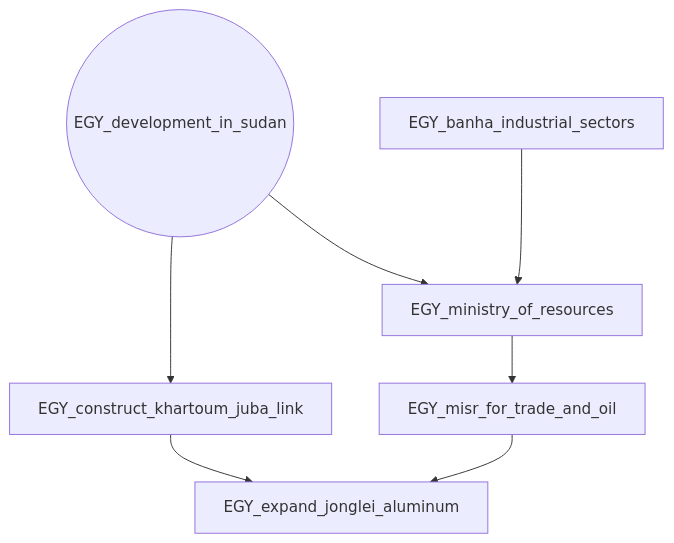
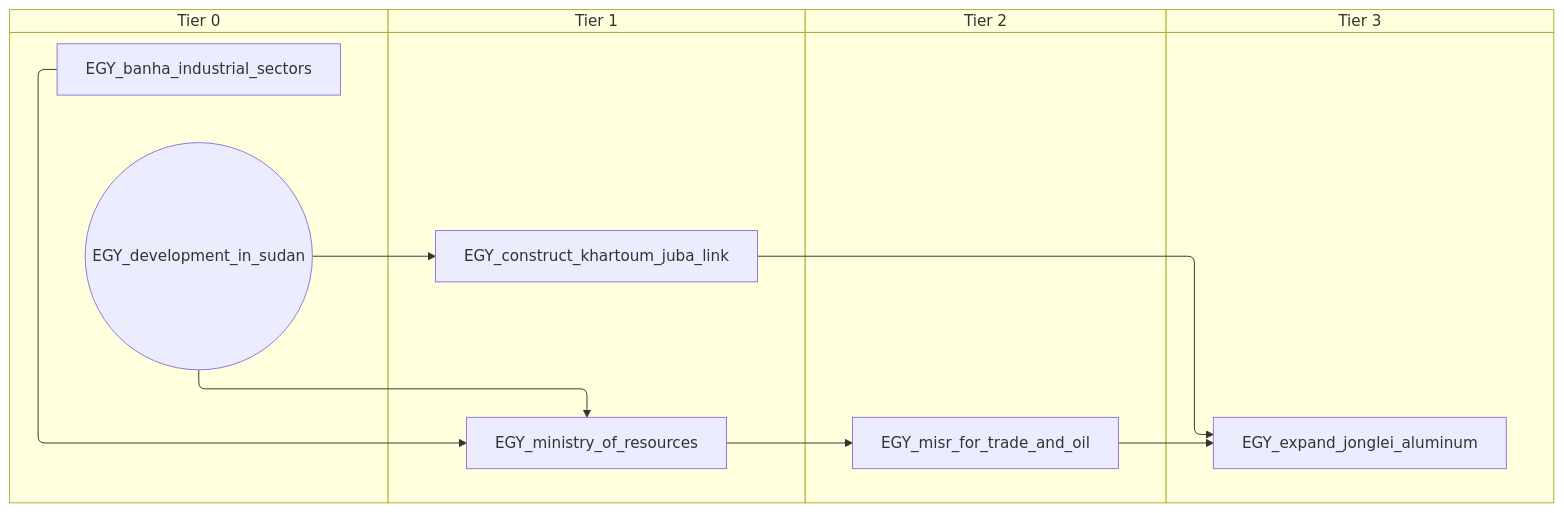
The third of 10 diagrams in docs/gdd/National Focuses/r56/egypt.md (evgeny-sobol/hoi4-sandbox-mode-r56), drawn with Mermaid before and after one commit. The commit also changed other lines of this file and 423 other files, not shown here.

First line of the commit message:
Re-export Rt56 focus trees as swimlane diagrams

````diff
--- a/docs/gdd/National Focuses/r56/egypt.md
+++ b/docs/gdd/National Focuses/r56/egypt.md
@@ -47,15 +61,23 @@
 ```mermaid
-flowchart TD
-    n4["EGY_banha_industrial_sectors"]
-    n6["EGY_construct_khartoum_juba_link"]
-    n8(("EGY_development_in_sudan"))
-    n9["EGY_expand_jonglei_aluminum"]
-    n12["EGY_ministry_of_resources"]
-    n13["EGY_misr_for_trade_and_oil"]
-    n8 --> n6
-    n6 --> n9
-    n13 --> n9
+swimlane-beta TD
+    subgraph tier_0["Tier 0"]
+        n4["EGY_banha_industrial_sectors"]
+        n6(("EGY_development_in_sudan"))
+    end
+    subgraph tier_1["Tier 1"]
+        n5["EGY_construct_khartoum_juba_link"]
+        n8["EGY_ministry_of_resources"]
+    end
+    subgraph tier_2["Tier 2"]
+        n12["EGY_misr_for_trade_and_oil"]
+    end
+    subgraph tier_3["Tier 3"]
+        n13["EGY_expand_jonglei_aluminum"]
+    end
+    n6 --> n5
+    n5 --> n13
+    n12 --> n13
+    n6 --> n8
+    n4 --> n8
     n8 --> n12
-    n4 --> n12
-    n12 --> n13
 ```
````
